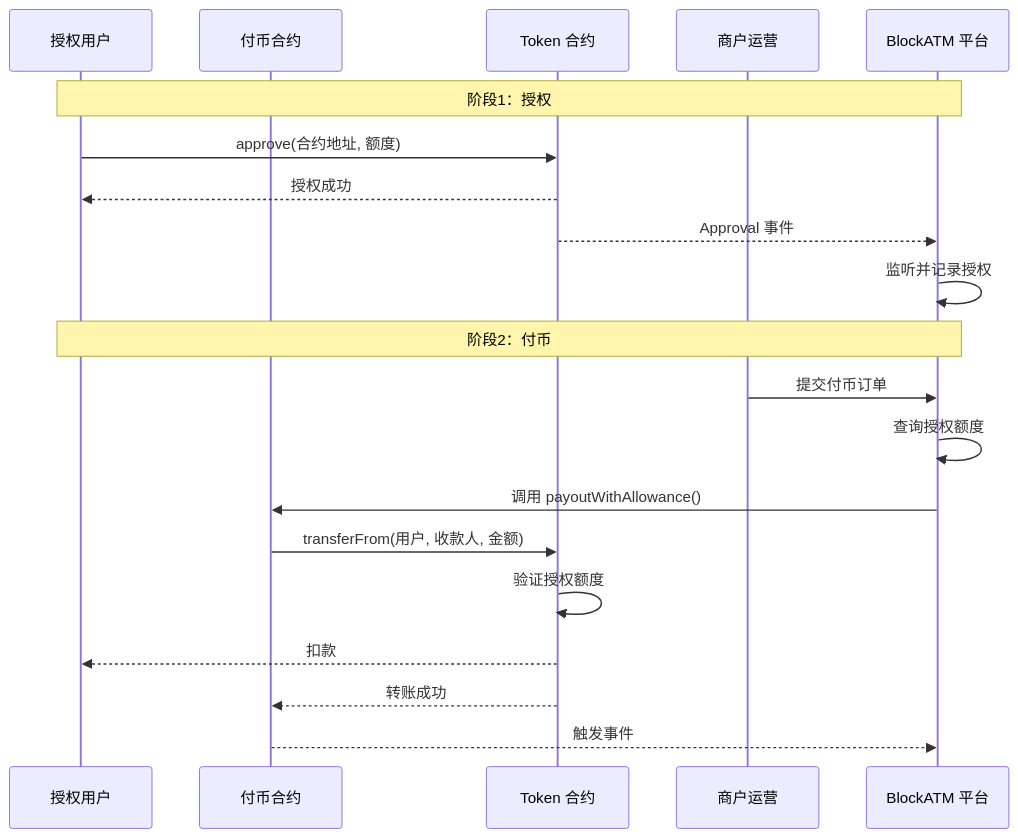
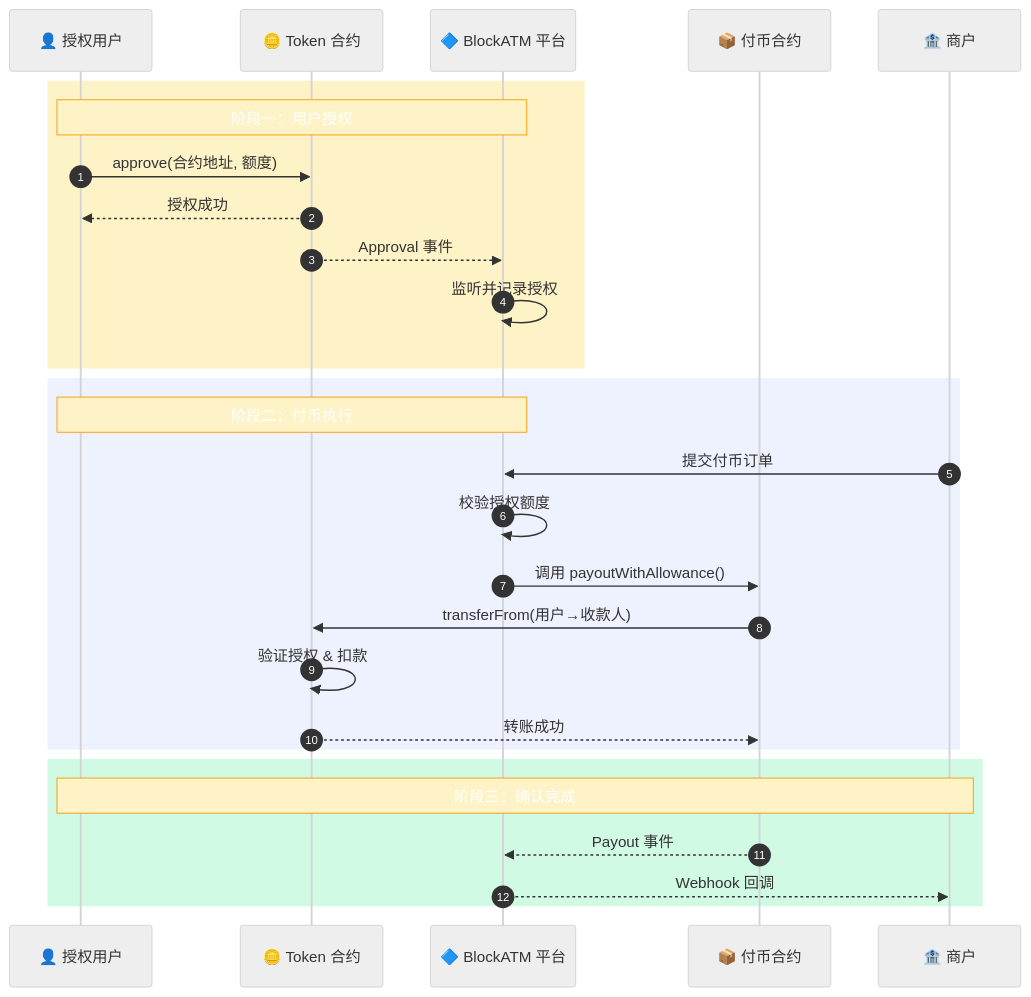
One commit to BlockATMOnLine/docs changed the third of 4 diagrams in products/batch-payout/how-it-works.md. Above: the diagram before and after it, drawn with Mermaid. The commit also changed other lines of this file and 6 other files, not shown here.

First line of the commit message:
docs: upgrade mermaid diagrams with professional styling

````diff
--- a/products/batch-payout/how-it-works.md
+++ b/products/batch-payout/how-it-works.md
@@ -50,25 +81,44 @@
 ```mermaid
+%%{
+  init: {
+    'theme': 'neutral',
+    'themeVariables': {
+      'primaryColor': '#6366F1',
+      'noteBkgColor': '#FEF3C7',
+      'noteBorderColor': '#F59E0B'
+    }
+  }
+}%%
 sequenceDiagram
-    participant User as 授权用户
-    participant Contract as 付币合约
-    participant Token as Token 合约
-    participant Merchant as 商户运营
-    participant Platform as BlockATM 平台
-    
-    Note over User,Platform: 阶段1：授权
-    User->>Token: approve(合约地址, 额度)
-    Token-->>User: 授权成功
-    Token-->>Platform: Approval 事件
-    Platform->>Platform: 监听并记录授权
-    
-    Note over User,Platform: 阶段2：付币
-    Merchant->>Platform: 提交付币订单
-    Platform->>Platform: 查询授权额度
-    
-    Platform->>Contract: 调用 payoutWithAllowance()
-    Contract->>Token: transferFrom(用户, 收款人, 金额)
-    Token->>Token: 验证授权额度
-    Token-->>User: 扣款
-    Token-->>Contract: 转账成功
-    Contract-->>Platform: 触发事件
+    autonumber
+
+    participant U as 👤 授权用户
+    participant T as 🪙 Token 合约
+    participant P as 🔷 BlockATM 平台
+    participant C as 📦 付币合约
+    participant M as 🏦 商户
+
+    rect rgb(254, 243, 199)
+        Note over U,P: 阶段一：用户授权
+        U->>T: approve(合约地址, 额度)
+        T-->>U: 授权成功
+        T-->>P: Approval 事件
+        P->>P: 监听并记录授权
+    end
+
+    rect rgb(238, 242, 255)
+        Note over U,P: 阶段二：付币执行
+        M->>P: 提交付币订单
+        P->>P: 校验授权额度
+        P->>C: 调用 payoutWithAllowance()
+        C->>T: transferFrom(用户→收款人)
+        T->>T: 验证授权 & 扣款
+        T-->>C: 转账成功
+    end
+
+    rect rgb(209, 250, 229)
+        Note over U,M: 阶段三：确认完成
+        C-->>P: Payout 事件
+        P-->>M: Webhook 回调
+    end
 ```
````
